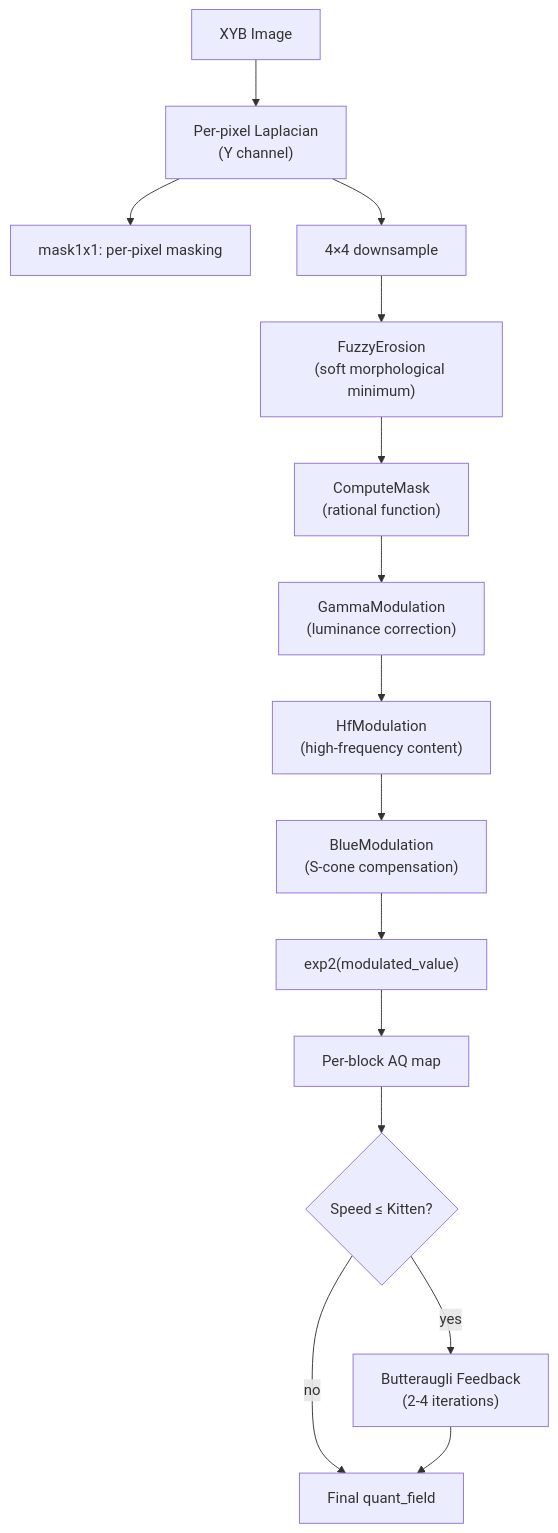
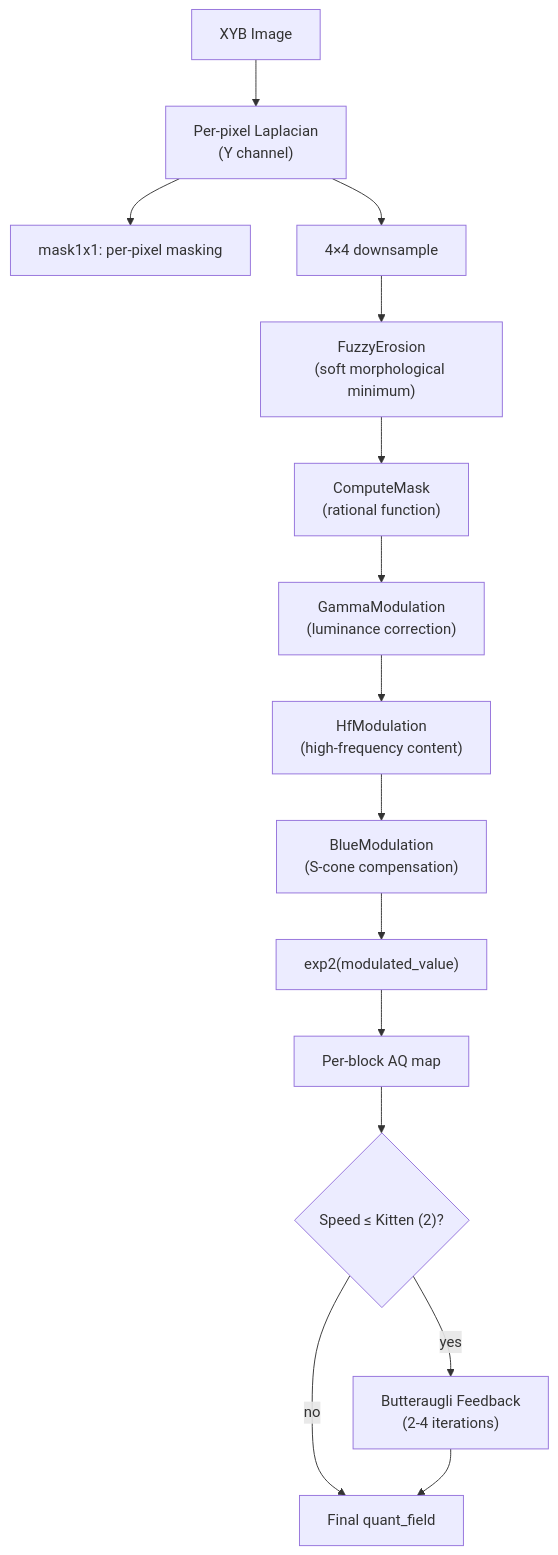
Before and after one commit to imazen/libjxl: the first of 2 diagrams in docs/src/perceptual/adaptive-quantization.md, drawn with Mermaid. The commit also changed other lines of this file and 17 other files, not shown here.

````diff
--- a/docs/src/perceptual/adaptive-quantization.md
+++ b/docs/src/perceptual/adaptive-quantization.md
@@ -3,17 +3,17 @@
 ```mermaid
 graph TD
     XYB["XYB Image"] --> LAP["Per-pixel Laplacian<br/>(Y channel)"]
     LAP --> M1x1["mask1x1: per-pixel masking"]
     LAP --> DS["4×4 downsample"]
     DS --> FE["FuzzyErosion<br/>(soft morphological minimum)"]
     FE --> CM["ComputeMask<br/>(rational function)"]
     CM --> GM["GammaModulation<br/>(luminance correction)"]
     GM --> HF["HfModulation<br/>(high-frequency content)"]
     HF --> BM["BlueModulation<br/>(S-cone compensation)"]
     BM --> EXP["exp2(modulated_value)"]
     EXP --> AQ["Per-block AQ map"]
-    AQ --> LOOP{"Speed ≤ Kitten?"}
+    AQ --> LOOP{"Speed ≤ Kitten (2)?"}
     LOOP -->|yes| FB["Butteraugli Feedback<br/>(2-4 iterations)"]
     LOOP -->|no| OUT["Final quant_field"]
     FB --> OUT
 ```
````
